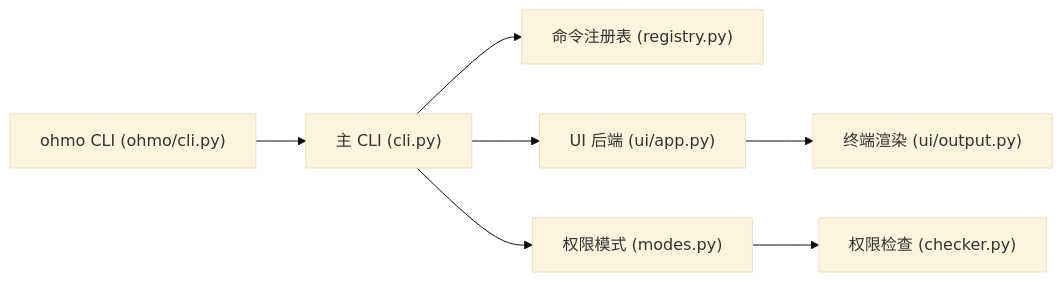
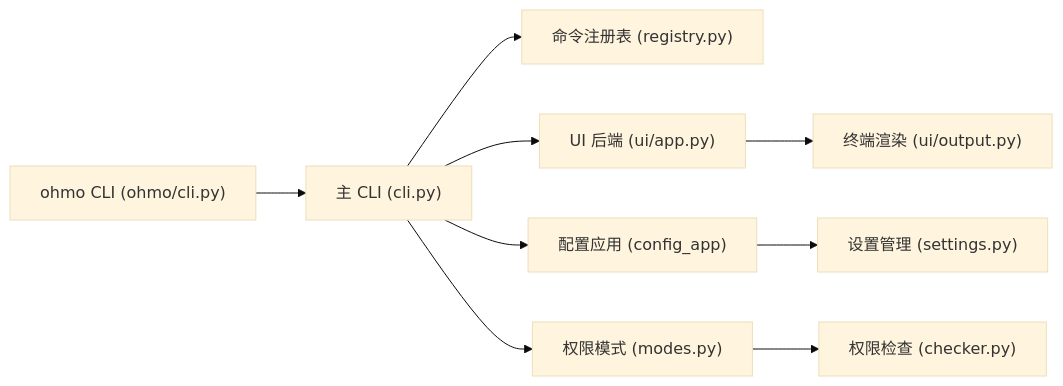
Before and after one commit to haolange/OpenHarness: the fourth of 4 diagrams in .qoder/repowiki/zh/content/命令行界面/命令行界面.md, drawn with Mermaid (base theme). The commit also changed other lines of this file and 5 other files, not shown here.

````diff
--- a/.qoder/repowiki/zh/content/命令行界面/命令行界面.md
+++ b/.qoder/repowiki/zh/content/命令行界面/命令行界面.md
@@ -293,9 +337,11 @@
 ```mermaid
 graph LR
 CLI["主 CLI (cli.py)"] --> Reg["命令注册表 (registry.py)"]
 CLI --> UIApp["UI 后端 (ui/app.py)"]
+CLI --> ConfigApp["配置应用 (config_app)"]
 UIApp --> Out["终端渲染 (ui/output.py)"]
 CLI --> Perms["权限模式 (modes.py)"]
 Perms --> Checker["权限检查 (checker.py)"]
+ConfigApp --> Settings["设置管理 (settings.py)"]
 OHMO["ohmo CLI (ohmo/cli.py)"] --> CLI
 ```
````
